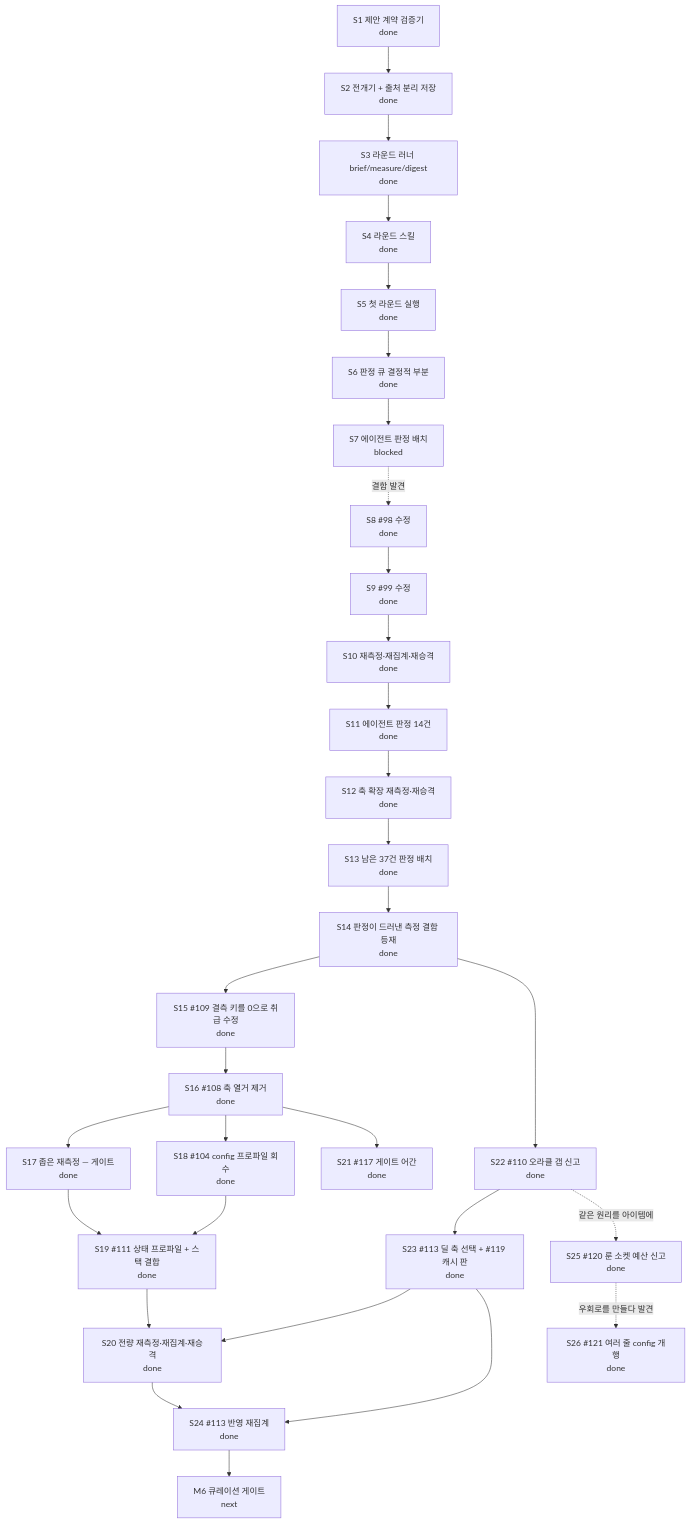
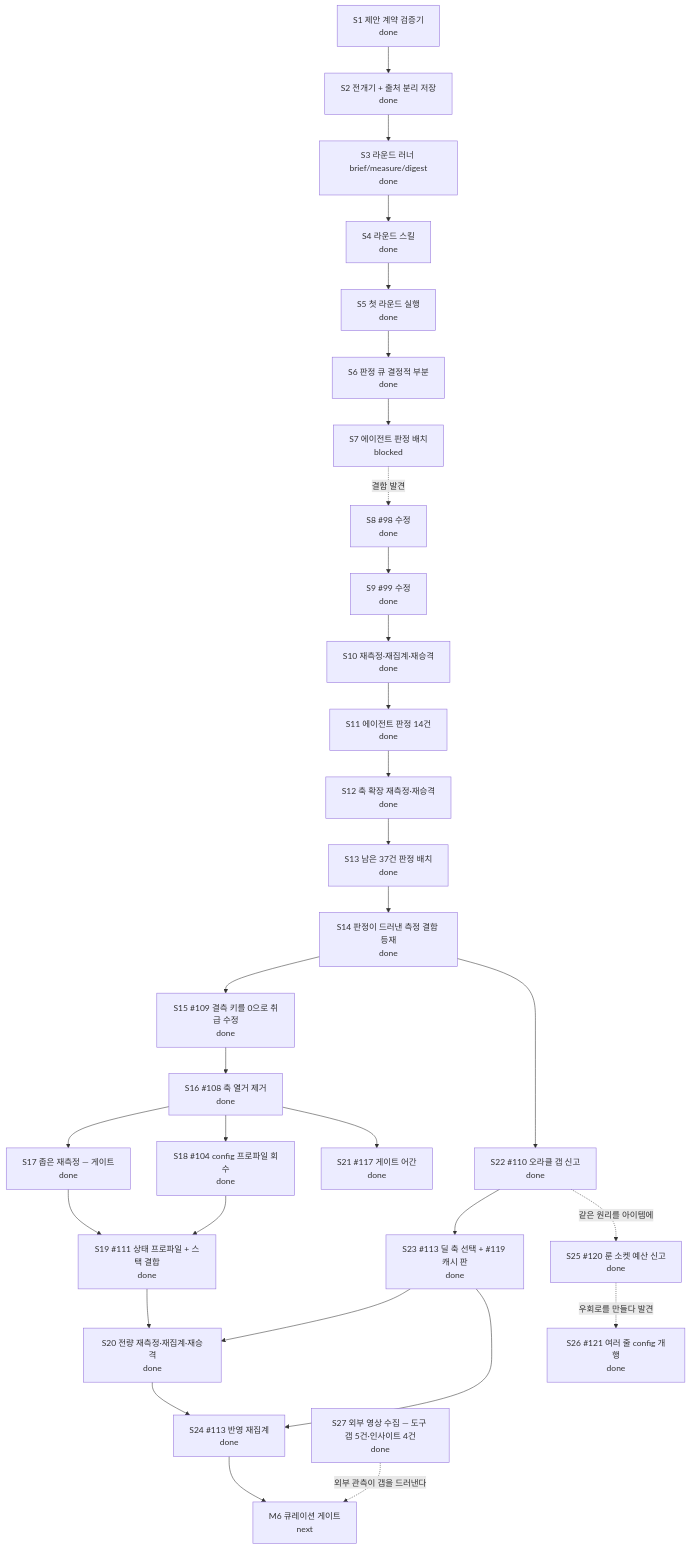
Before and after one commit to skerfolg/poe2-ai-wiki: the diagram in docs/CURRENT-PLAN.md, drawn with Mermaid. The commit also changed other lines of this file and 5 other files, not shown here.

````diff
--- a/docs/CURRENT-PLAN.md
+++ b/docs/CURRENT-PLAN.md
@@ -23,42 +23,44 @@
 ```mermaid
 flowchart TD
   CONTRACT[S1 제안 계약 검증기<br/>done]
   FLOW[S2 전개기 + 출처 분리 저장<br/>done]
   ROUND[S3 라운드 러너 brief/measure/digest<br/>done]
   SKILL[S4 라운드 스킬<br/>done]
   FIRST[S5 첫 라운드 실행<br/>done]
   NECESS[S6 판정 큐 결정적 부분<br/>done]
   JUDGE[S7 에이전트 판정 배치<br/>blocked]
   FIX[S8 #98 수정<br/>done]
   REMEAS[S9 #99 수정<br/>done]
   REAGG[S10 재측정·재집계·재승격<br/>done]
   RESUME[S11 에이전트 판정 14건<br/>done]
   AXES[S12 축 확장 재측정·재승격<br/>done]
   NEXT2[S13 남은 37건 판정 배치<br/>done]
   DEF[S14 판정이 드러낸 측정 결함 등재<br/>done]
   FIXDELTA[S15 #109 결측 키를 0으로 취급 수정<br/>done]
   WIDEN[S16 #108 축 열거 제거<br/>done]
   NARROW[S17 좁은 재측정 — 게이트<br/>done]
   CFG[S18 #104 config 프로파일 회수<br/>done]
   CPL[S19 #111 상태 프로파일 + 스택 결합<br/>done]
   FULL[S20 전량 재측정·재집계·재승격<br/>done]
   STEM[S21 #117 게이트 어간<br/>done]
   ORACLE[S22 #110 오라클 갭 신고<br/>done]
   AXIS[S23 #113 딜 축 선택 + #119 캐시 판<br/>done]
   REAGG2[S24 #113 반영 재집계<br/>done]
   SOCKET[S25 #120 룬 소켓 예산 신고<br/>done]
   ATTR[S26 #121 여러 줄 config 개행<br/>done]
+  EXT[S27 외부 영상 수집 — 도구 갭 5건·인사이트 4건<br/>done]
   M6[M6 큐레이션 게이트<br/>next]
   CONTRACT --> FLOW --> ROUND --> SKILL --> FIRST --> NECESS --> JUDGE
   JUDGE -. 결함 발견 .-> FIX --> REMEAS --> REAGG --> RESUME --> AXES --> NEXT2
   NEXT2 --> DEF --> FIXDELTA --> WIDEN --> NARROW --> CPL --> FULL
   WIDEN --> CFG --> CPL
   WIDEN --> STEM
   DEF --> ORACLE
   ORACLE --> AXIS --> FULL
   FULL --> REAGG2
   AXIS --> REAGG2
   REAGG2 --> M6
   ORACLE -. 같은 원리를 아이템에 .-> SOCKET
   SOCKET -. 우회로를 만들다 발견 .-> ATTR
+  EXT -. 외부 관측이 갭을 드러낸다 .-> M6
 ```
````
